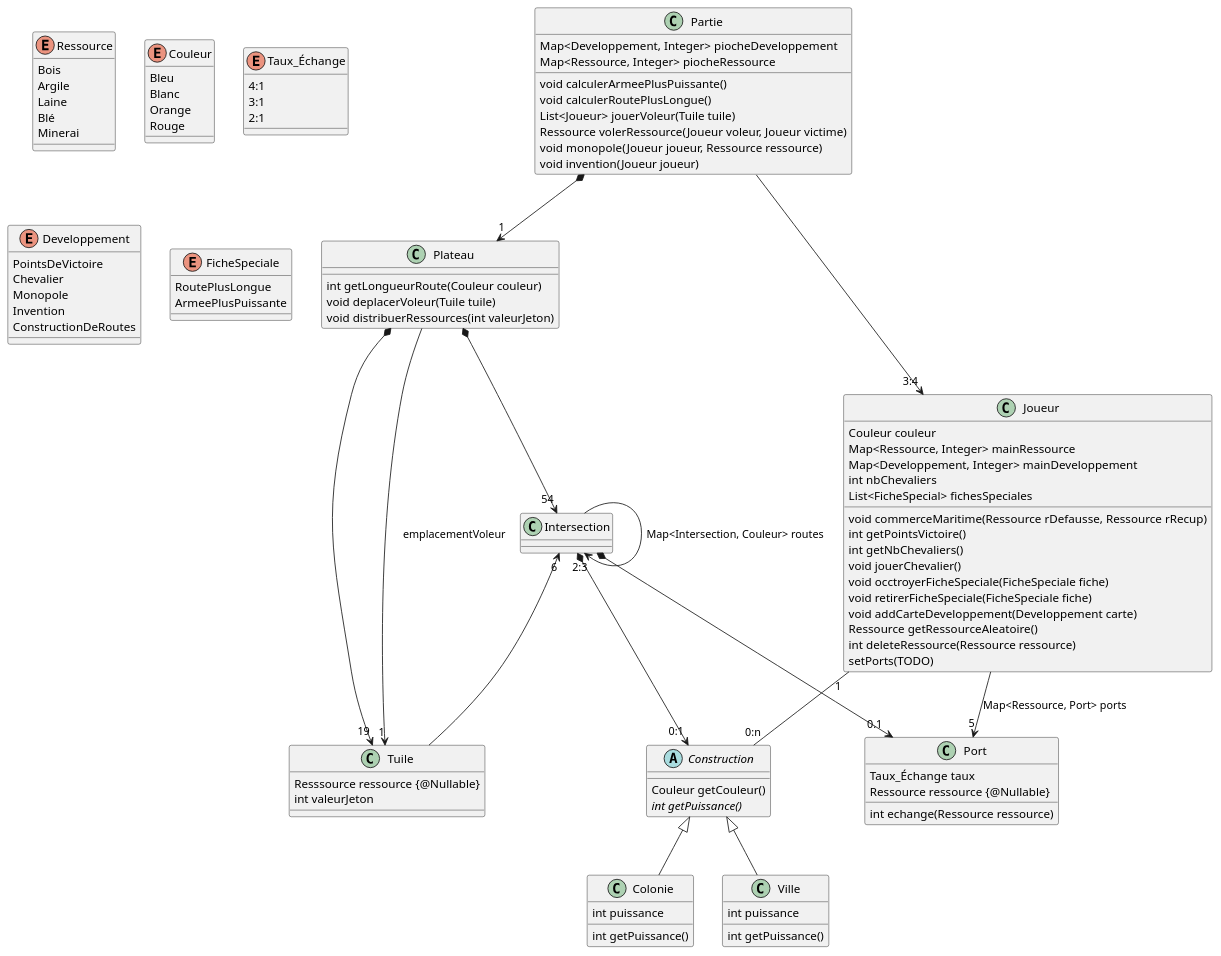
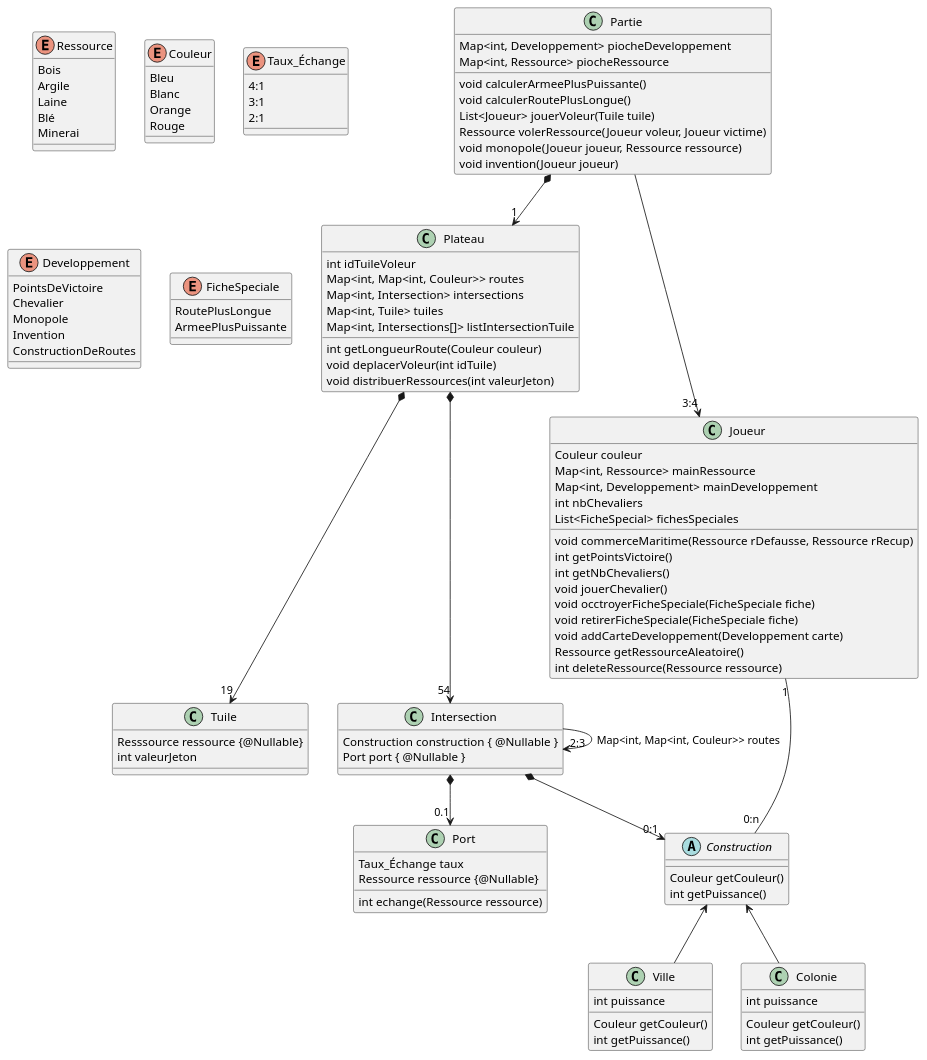
One commit to Lapin-Obez/colon_de_catane changed the diagram in catan-doc/modules/composants/examples/gameClassDiag.plantuml. Above: the diagram before and after it, drawn with PlantUML.

Commit message:
Updating game class diagram

```diff
--- a/catan-doc/modules/composants/examples/gameClassDiag.plantuml
+++ b/catan-doc/modules/composants/examples/gameClassDiag.plantuml
@@ -1,119 +1,133 @@
 @startuml
 
 enum Ressource {
 Bois
 Argile
 Laine
 Blé
 Minerai
 }
 
 enum Couleur {
 Bleu
 Blanc
 Orange
 Rouge
 }
 
 enum Taux_Échange {
 4:1
 3:1
 2:1
 }
 
 enum Developpement {
 PointsDeVictoire
 Chevalier
 Monopole
 Invention
 ConstructionDeRoutes
 }
 
 enum FicheSpeciale {
 RoutePlusLongue
 ArmeePlusPuissante
 }
 
 class Partie {
-Map<Developpement, Integer> piocheDeveloppement
-Map<Ressource, Integer> piocheRessource
+Map<int, Developpement> piocheDeveloppement
+Map<int, Ressource> piocheRessource
 
 void calculerArmeePlusPuissante()
 void calculerRoutePlusLongue()
 List<Joueur> jouerVoleur(Tuile tuile)
 Ressource volerRessource(Joueur voleur, Joueur victime)
 void monopole(Joueur joueur, Ressource ressource)
 void invention(Joueur joueur)
 }
 
 class Plateau {
+int idTuileVoleur
+Map<int, Map<int, Couleur>> routes
+Map<int, Intersection> intersections
+Map<int, Tuile> tuiles
+Map<int, Intersections[]> listIntersectionTuile
+
 int getLongueurRoute(Couleur couleur)
-void deplacerVoleur(Tuile tuile)
+void deplacerVoleur(int idTuile)
 void distribuerRessources(int valeurJeton)
 }
 
 class Port{
 Taux_Échange taux
 Ressource ressource {@Nullable}
 
 int echange(Ressource ressource)
 }
 
 class Tuile{
 Resssource ressource {@Nullable}
 int valeurJeton
 }
 
-class Intersection
+class Intersection{
+Construction construction { @Nullable }
+Port port { @Nullable }
+}
 
 class Joueur{
 Couleur couleur
-Map<Ressource, Integer> mainRessource
-Map<Developpement, Integer> mainDeveloppement
+Map<int, Ressource> mainRessource
+Map<int, Developpement> mainDeveloppement
 int nbChevaliers
 List<FicheSpecial> fichesSpeciales
 
 void commerceMaritime(Ressource rDefausse, Ressource rRecup)
 int getPointsVictoire()
 int getNbChevaliers()
 void jouerChevalier()
 void occtroyerFicheSpeciale(FicheSpeciale fiche)
 void retirerFicheSpeciale(FicheSpeciale fiche)
 void addCarteDeveloppement(Developpement carte)
 Ressource getRessourceAleatoire()
 int deleteRessource(Ressource ressource)
-setPorts(TODO)
 }
 
-abstract class Construction {
+abstract Construction {
 Couleur getCouleur()
-{abstract} int getPuissance()
+int getPuissance()
 }
+
+class Ville {
+int puissance
+
+Couleur getCouleur()
+int getPuissance()
+}
+
 class Colonie {
 int puissance
-int getPuissance()
-}
-class Ville {
-int puissance
+
+Couleur getCouleur()
 int getPuissance()
 }
 
 
+
+Construction <-d- Ville
+Construction <-d- Colonie
+
+
 Partie *--> "1" Plateau
 Plateau *--> "19" Tuile
-Plateau --> "1" Tuile : emplacementVoleur
 Plateau *--> "54" Intersection
 
-Construction <|-- Ville
-Construction <|-- Colonie
+Intersection *--> "0:1" Construction
+Intersection --> "2:3" Intersection : Map<int, Map<int, Couleur>> routes
 
-Intersection *--> "0:1" Construction
-Intersection --> "2:3" Intersection : Map<Intersection, Couleur> routes
-Intersection "6" <-- Tuile
 Intersection *--> "0.1" Port
 
 Partie --> "3:4" Joueur
-Joueur --> "5" Port : Map<Ressource, Port> ports
 Joueur "1" -- "0:n" Construction
 
 @enduml
```
